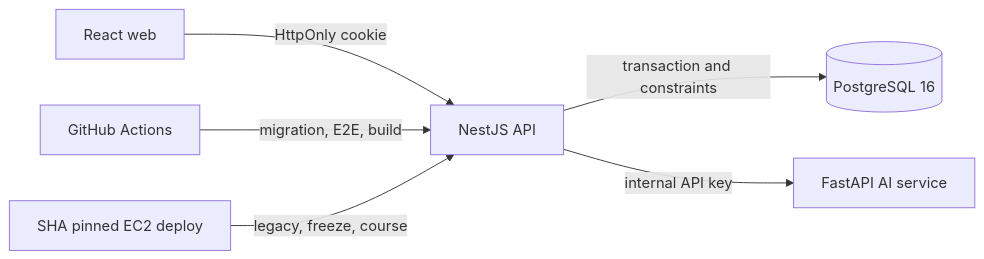
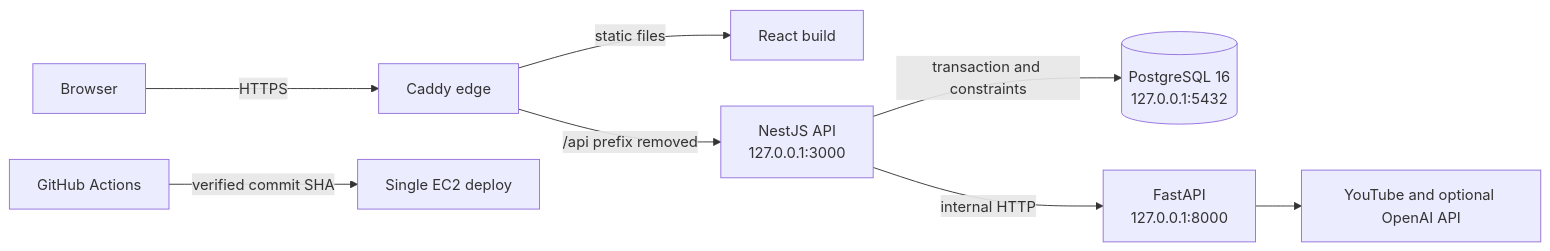
The diagram in README.md (NearthYou/Studytube), drawn with Mermaid before and after one commit. The commit also changed other lines of this file and 23 other files, not shown here.

````diff
--- a/README.md
+++ b/README.md
@@ -48,8 +18,10 @@
 ```mermaid
 flowchart LR
-  Browser[React web] -->|HttpOnly cookie| API[NestJS API]
-  API -->|transaction and constraints| DB[(PostgreSQL 16)]
-  API -->|internal API key| AI[FastAPI AI service]
-  CI[GitHub Actions] -->|migration, E2E, build| API
-  Deploy[SHA pinned EC2 deploy] -->|legacy, freeze, course| API
+  Browser["Browser"] -->|"HTTPS"| Edge["Caddy edge"]
+  Edge -->|"static files"| Web["React build"]
+  Edge -->|"/api prefix removed"| API["NestJS API<br/>127.0.0.1:3000"]
+  API -->|"transaction and constraints"| DB[("PostgreSQL 16<br/>127.0.0.1:5432")]
+  API -->|"internal HTTP"| AI["FastAPI<br/>127.0.0.1:8000"]
+  AI --> External["YouTube and optional OpenAI API"]
+  CI["GitHub Actions"] -->|"verified commit SHA"| Deploy["Single EC2 deploy"]
 ```
````
